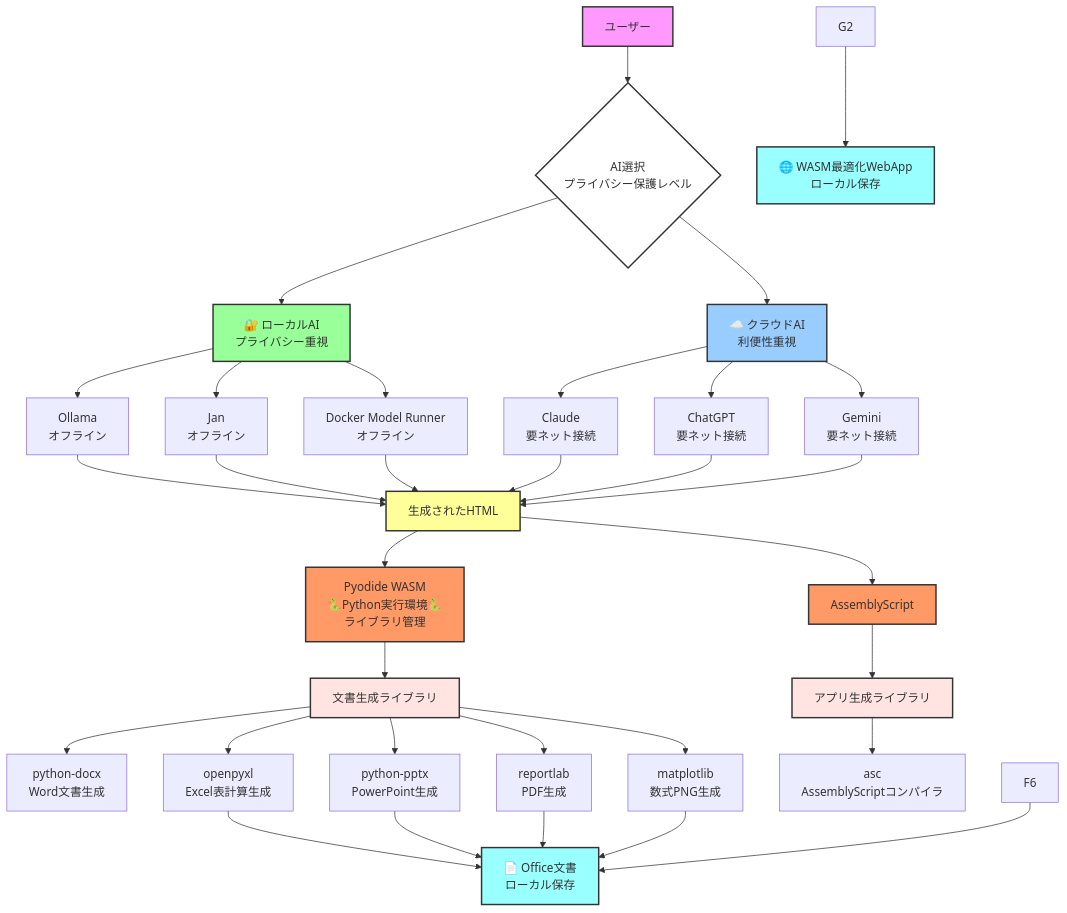
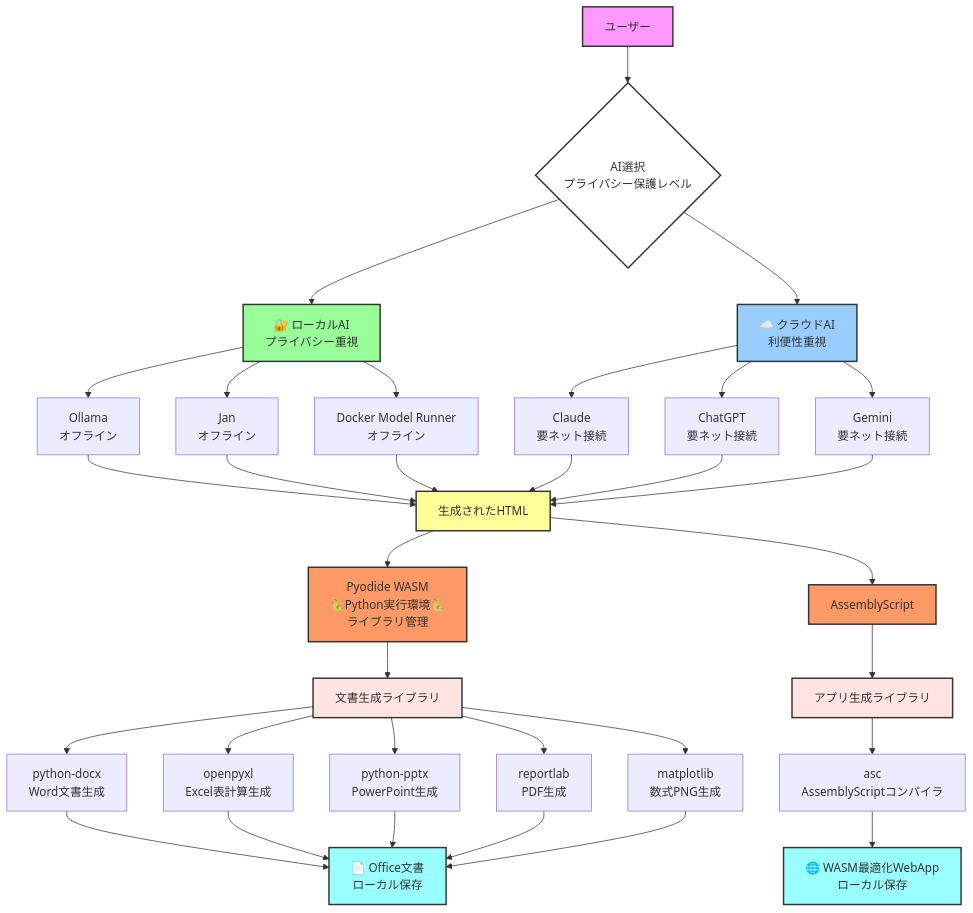
The fourth of 4 diagrams in README.md (HarmoniaEpic/text-to-officefile-or-wasmapp-recipes), drawn with Mermaid before and after one commit.

````diff
--- a/README.md
+++ b/README.md
@@ -444,56 +444,56 @@
 ```mermaid
 flowchart TD
     A[ユーザー] --> B{AI選択<br/>プライバシー保護レベル}
     
     B --> C[🔐 ローカルAI<br/>プライバシー重視]
     B --> D[☁️ クラウドAI<br/>利便性重視]
     
     C --> C1[Ollama<br/>オフライン]
     C --> C2[Jan<br/>オフライン]
     C --> C3[Docker Model Runner<br/>オフライン]
     
     D --> D1[Claude<br/>要ネット接続]
     D --> D2[ChatGPT<br/>要ネット接続]
     D --> D3[Gemini<br/>要ネット接続]
     
     C1 --> E[生成されたHTML]
     C2 --> E
     C3 --> E
     D1 --> E
     D2 --> E
     D3 --> E
     
     E --> F[Pyodide WASM<br/>🐍Python実行環境🐍<br/>ライブラリ管理]
     E --> G[AssemblyScript<br/>]
 
     F --> J[文書生成ライブラリ]
     G --> K[アプリ生成ライブラリ]
     
     J --> F1[python-docx<br/>Word文書生成]
     J --> F2[openpyxl<br/>Excel表計算生成]
     J --> F3[python-pptx<br/>PowerPoint生成]
     J --> F4[reportlab<br/>PDF生成]
     J --> F5[matplotlib<br/>数式PNG生成]
 
     K --> G1[asc<br/>AssemblyScriptコンパイラ]
 
-    F2 --> H[📄 Office文書<br/>ローカル保存]
+    F1 --> H[📄 Office文書<br/>ローカル保存]
+    F2 --> H
     F3 --> H
     F4 --> H
     F5 --> H
-    F6 --> H
 
-    G2 --> I[🌐 WASM最適化WebApp<br/>ローカル保存]
+    G1 --> I[🌐 WASM最適化WebApp<br/>ローカル保存]
 
     style A fill:#f9f,stroke:#333,stroke-width:2px
     style B fill:#fff,stroke:#333,stroke-width:2px
     style C fill:#9f9,stroke:#333,stroke-width:2px
     style D fill:#9cf,stroke:#333,stroke-width:2px
     style E fill:#ff9,stroke:#333,stroke-width:2px
     style F fill:#f96,stroke:#333,stroke-width:2px
     style G fill:#f96,stroke:#333,stroke-width:2px
     style H fill:#9ff,stroke:#333,stroke-width:2px
     style I fill:#9ff,stroke:#333,stroke-width:2px
     style J fill:#ffe4e1,stroke:#333,stroke-width:2px
     style K fill:#ffe4e1,stroke:#333,stroke-width:2px
 ```
````
